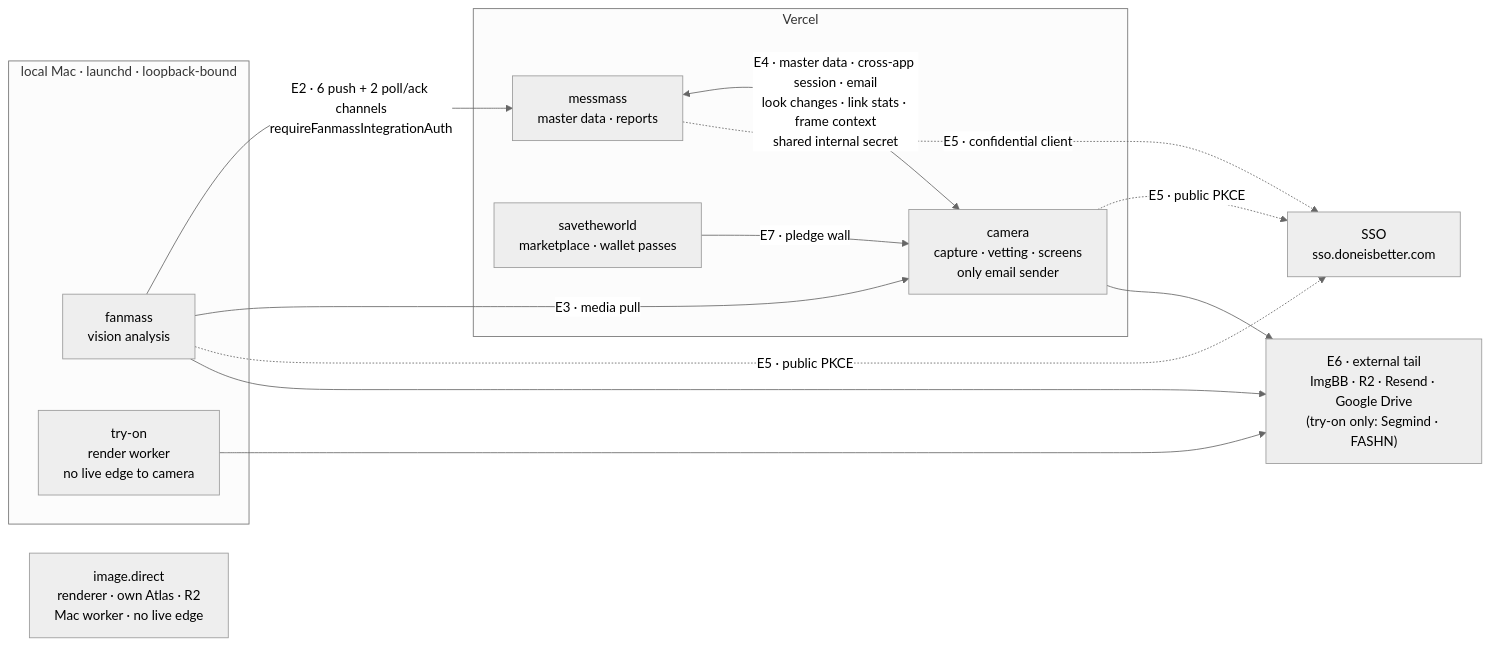
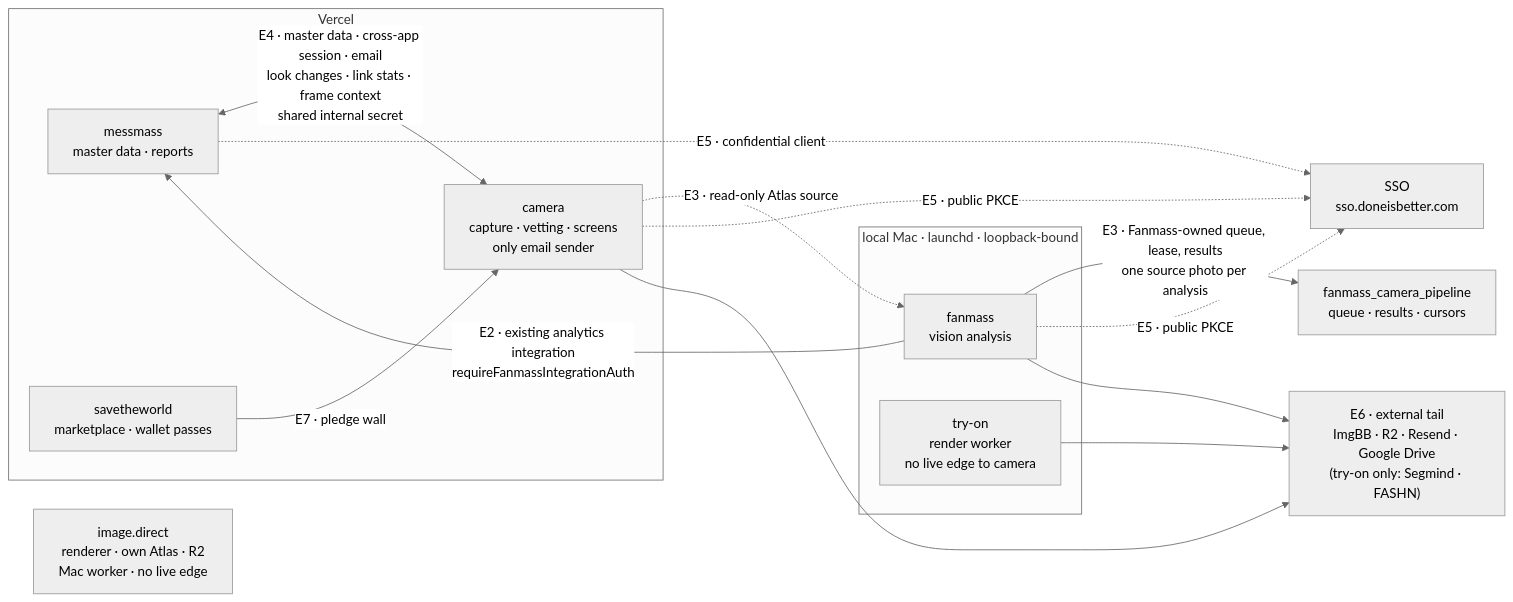
The diagram in docs/_audit/fleet-architecture.md (moldovancsaba/messmass), drawn with Mermaid (neutral theme) before and after one commit. The commit also changed other lines of this file and 5 other files, not shown here.

Commit message:
Align Messmass integration with Fanmass Atlas queue ownership

````diff
--- a/docs/_audit/fleet-architecture.md
+++ b/docs/_audit/fleet-architecture.md
@@ -131,30 +144,31 @@
 ```mermaid
 flowchart LR
   subgraph vercel["Vercel"]
     MM["messmass<br/>master data · reports"]
     CAM["camera<br/>capture · vetting · screens<br/>only email sender"]
     STW["savetheworld<br/>marketplace · wallet passes"]
   end
 
   subgraph localmac["local Mac · launchd · loopback-bound"]
     FAN["fanmass<br/>vision analysis"]
     TRY["try-on<br/>render worker<br/>no live edge to camera"]
   end
 
   IMD["image.direct<br/>renderer · own Atlas · R2<br/>Mac worker · no live edge"]
   SSO["SSO<br/>sso.doneisbetter.com"]
 
-  FAN -->|"E2 · 6 push + 2 poll/ack channels<br/>requireFanmassIntegrationAuth"| MM
-  FAN -->|"E3 · media pull"| CAM
+  FAN -->|"E2 · existing analytics integration<br/>requireFanmassIntegrationAuth"| MM
+  CAM -.->|"E3 · read-only Atlas source"| FAN
+  FAN -->|"E3 · Fanmass-owned queue, lease, results<br/>one source photo per analysis"| FANDB["fanmass_camera_pipeline<br/>queue · results · cursors"]
   MM <-->|"E4 · master data · cross-app session · email<br/>look changes · link stats · frame context<br/>shared internal secret"| CAM
   STW -->|"E7 · pledge wall"| CAM
 
   MM -.->|"E5 · confidential client"| SSO
   CAM -.->|"E5 · public PKCE"| SSO
   FAN -.->|"E5 · public PKCE"| SSO
 
   EXT["E6 · external tail<br/>ImgBB · R2 · Resend · Google Drive<br/>(try-on only: Segmind · FASHN)"]
   CAM --> EXT
   TRY --> EXT
   FAN --> EXT
 ```
````
